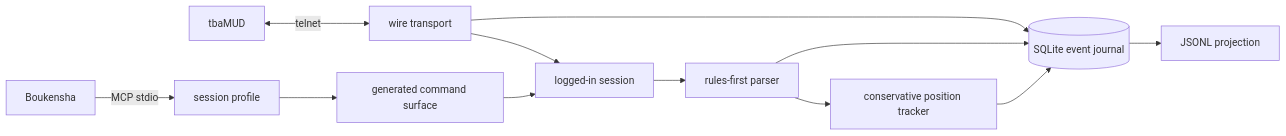
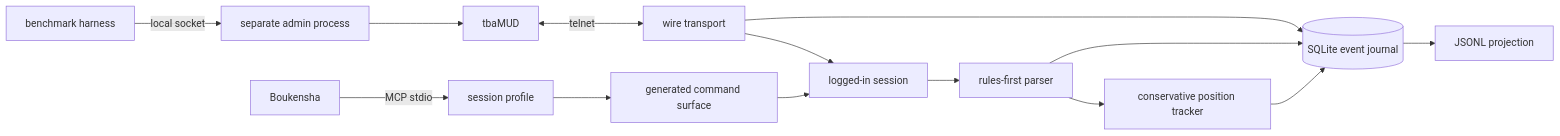
One commit to IbnouT/claude-code-camp-2026-Q2 changed the diagram in week2_capable/gateway/README.md. Above: the diagram before and after it, drawn with Mermaid. The commit also changed other lines of this file and 9 other files, not shown here.

````diff
--- a/week2_capable/gateway/README.md
+++ b/week2_capable/gateway/README.md
@@ -7,14 +7,16 @@
 ```mermaid
 flowchart LR
     G["tbaMUD"] <-- telnet --> W["wire transport"]
     W --> S["logged-in session"]
     W --> J[("SQLite event journal")]
     S --> O["rules-first parser"]
     O --> T["conservative position tracker"]
     O --> J
     T --> J
     J --> X["JSONL projection"]
     A["Boukensha"] -- MCP stdio --> P["session profile"]
     P --> M["generated command surface"]
     M --> S
+    B["benchmark harness"] -- local socket --> R["separate admin process"]
+    R --> G
 ```
````
